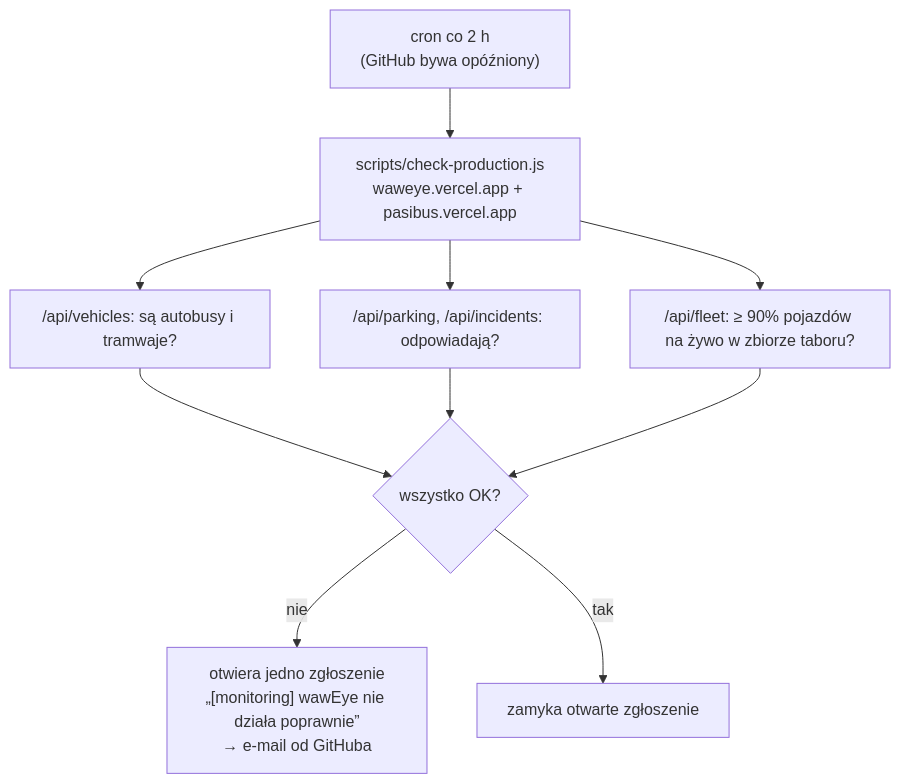
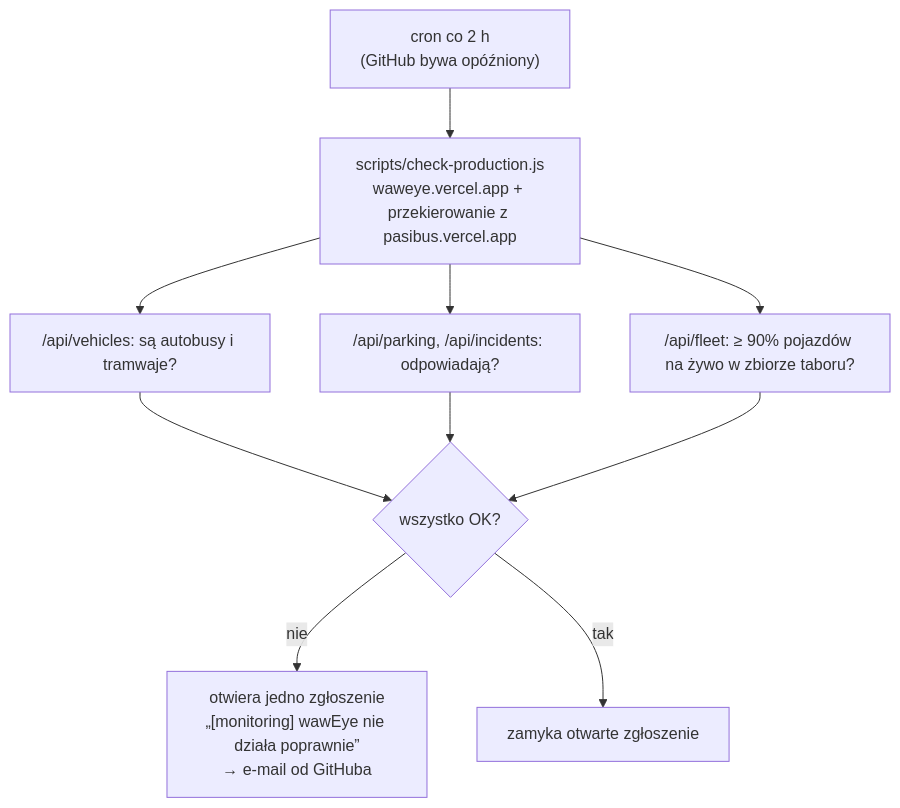
Diagram 13 of 14 in waweye/ARCHITEKTURA.md (pacy2u/waweye), drawn with Mermaid before and after one commit. The commit also changed other lines of this file and 5 other files, not shown here.

First line of the commit message:
Migracja wawEye, Faza 9 zrobiona: przekierowanie, usunięty pasibus-proxy

````diff
--- a/waweye/ARCHITEKTURA.md
+++ b/waweye/ARCHITEKTURA.md
@@ -440,10 +439,10 @@
 ```mermaid
 flowchart TD
-    CR["cron co 2 h<br/>(GitHub bywa opóźniony)"] --> CP["scripts/check-production.js<br/>waweye.vercel.app + pasibus.vercel.app"]
+    CR["cron co 2 h<br/>(GitHub bywa opóźniony)"] --> CP["scripts/check-production.js<br/>waweye.vercel.app + przekierowanie z pasibus.vercel.app"]
     CP --> C1["/api/vehicles: są autobusy i tramwaje?"]
     CP --> C2["/api/parking, /api/incidents: odpowiadają?"]
     CP --> C3["/api/fleet: ≥ 90% pojazdów na żywo w zbiorze taboru?"]
     C1 & C2 & C3 --> R{"wszystko OK?"}
     R -->|nie| I["otwiera jedno zgłoszenie<br/>„[monitoring] wawEye nie działa poprawnie”<br/>→ e-mail od GitHuba"]
     R -->|tak| Z["zamyka otwarte zgłoszenie"]
 ```
````
